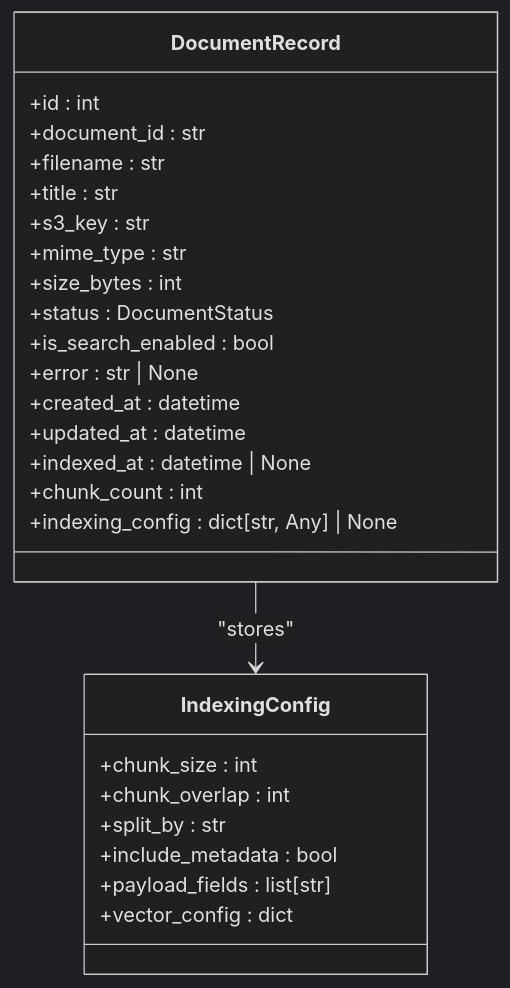
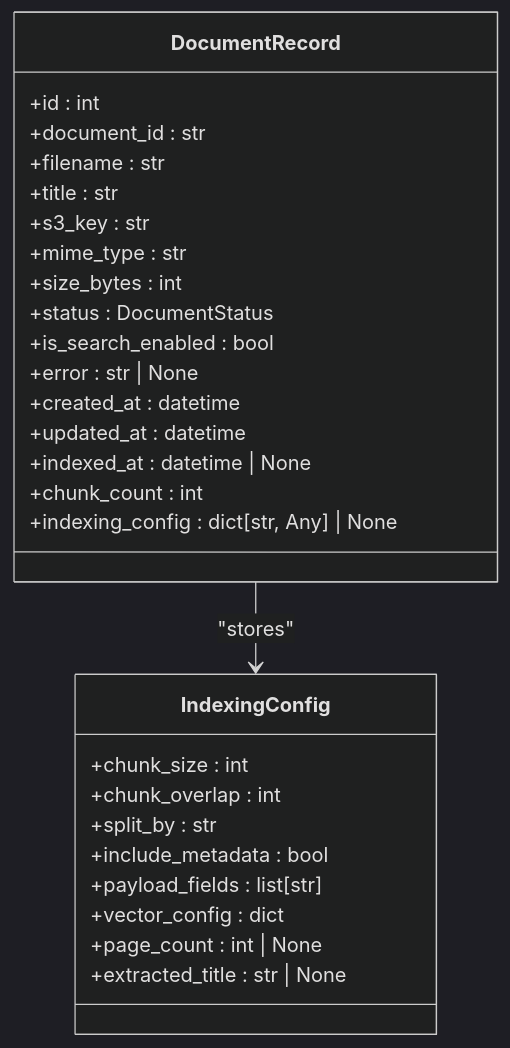
Before and after one commit to ognelis/cafetera_hr_bot: the tenth of 34 diagrams in .qoder/repowiki/en/content/Document Management System.md, drawn with Mermaid (dark theme). The commit also changed other lines of this file and 9 other files, not shown here.

````diff
--- a/.qoder/repowiki/en/content/Document Management System.md
+++ b/.qoder/repowiki/en/content/Document Management System.md
@@ -480,29 +506,31 @@
 ```mermaid
 classDiagram
 class DocumentRecord {
 +id : int
 +document_id : str
 +filename : str
 +title : str
 +s3_key : str
 +mime_type : str
 +size_bytes : int
 +status : DocumentStatus
 +is_search_enabled : bool
 +error : str | None
 +created_at : datetime
 +updated_at : datetime
 +indexed_at : datetime | None
 +chunk_count : int
 +indexing_config : dict[str, Any] | None
 }
 class IndexingConfig {
 +chunk_size : int
 +chunk_overlap : int
 +split_by : str
 +include_metadata : bool
 +payload_fields : list[str]
 +vector_config : dict
++page_count : int | None
++extracted_title : str | None
 }
 DocumentRecord --> IndexingConfig : "stores"
 ```
````
